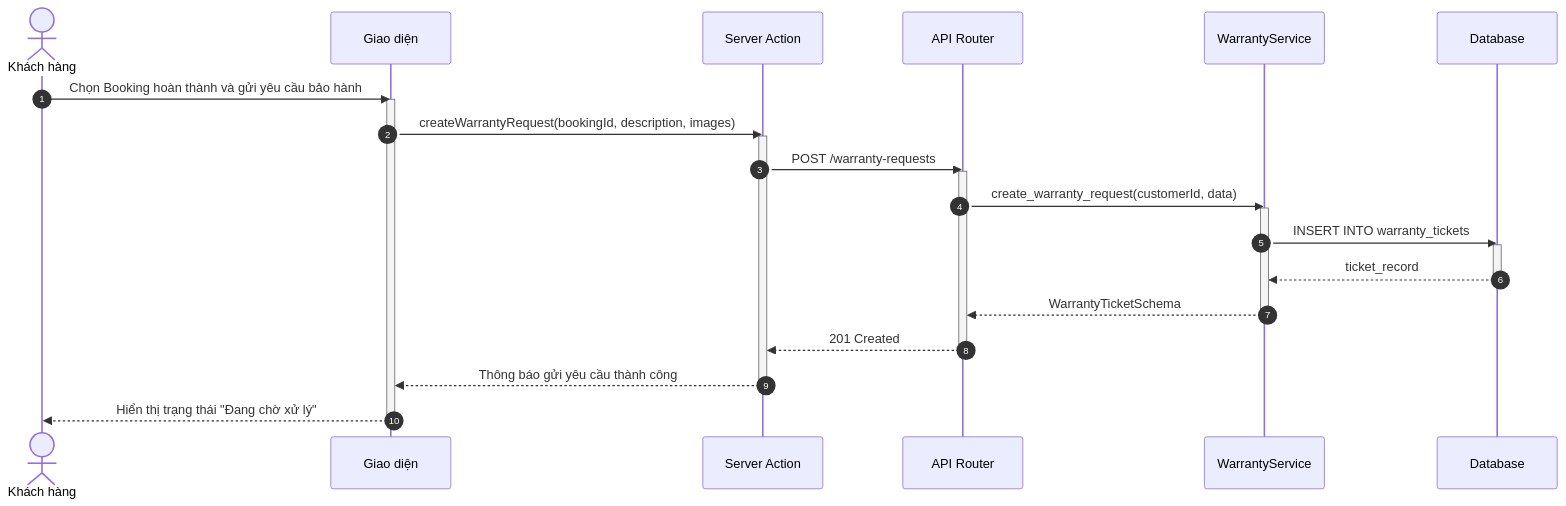
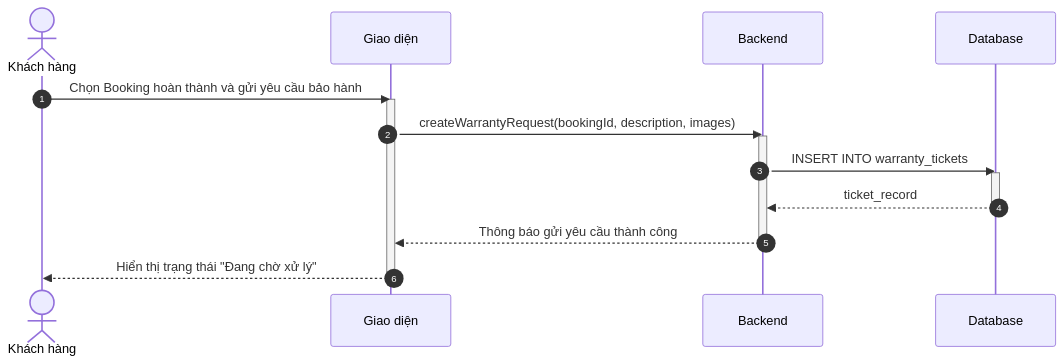
Before and after one commit to ngoctinn/Synapse: the tenth of 10 diagrams in docs/design/sequences/customer_flows.md, drawn with Mermaid. The commit also changed other lines of this file and 7 other files, not shown here.

Commit message:
docs: Add initial design documentation for authentication, user flows, and algorithm specification.

````diff
--- a/docs/design/sequences/customer_flows.md
+++ b/docs/design/sequences/customer_flows.md
@@ -439,38 +325,24 @@
 ```mermaid
 sequenceDiagram
     autonumber
     actor KH as Khách hàng
     participant UI as Giao diện
-    participant BFF as Server Action
-    participant API as API Router
-    participant S as WarrantyService
+    participant BE as Backend
     participant DB as Database
 
     KH->>UI: Chọn Booking hoàn thành và gửi yêu cầu bảo hành
     activate UI
-    UI->>BFF: createWarrantyRequest(bookingId, description, images)
-    activate BFF
+    UI->>BE: createWarrantyRequest(bookingId, description, images)
+    activate BE
 
-    BFF->>API: POST /warranty-requests
-    activate API
-
-    API->>S: create_warranty_request(customerId, data)
-    activate S
-
-    S->>DB: INSERT INTO warranty_tickets
+    BE->>DB: INSERT INTO warranty_tickets
     activate DB
-    DB-->>S: ticket_record
+    DB-->>BE: ticket_record
     deactivate DB
 
-    S-->>API: WarrantyTicketSchema
-    deactivate S
-
-    API-->>BFF: 201 Created
-    deactivate API
-
-    BFF-->>UI: Thông báo gửi yêu cầu thành công
-    deactivate BFF
+    BE-->>UI: Thông báo gửi yêu cầu thành công
+    deactivate BE
 
     UI-->>KH: Hiển thị trạng thái "Đang chờ xử lý"
     deactivate UI
 ```
````
